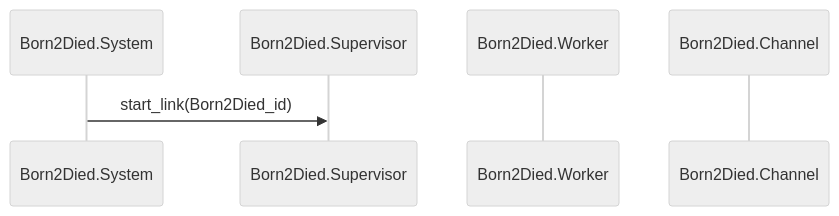
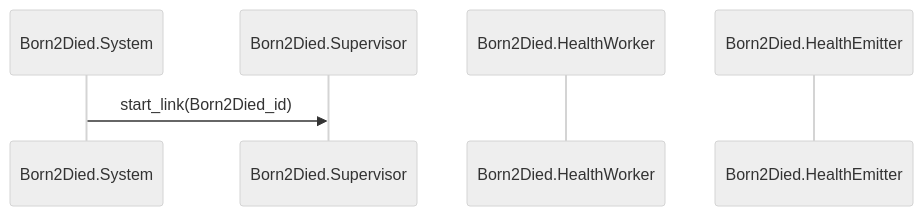
Before and after one commit to beam-campus/logatron: the second of 2 diagrams in system/apps/logatron_edge/lib/born_2_died/readme.md, drawn with Mermaid (neutral theme). The commit also changed other lines of this file and 216 other files, not shown here.

````diff
--- a/system/apps/logatron_edge/lib/born_2_died/readme.md
+++ b/system/apps/logatron_edge/lib/born_2_died/readme.md
@@ -35,10 +35,10 @@
 ```mermaid
 sequenceDiagram
   participant Born2Died.System
   participant Born2Died.Supervisor
-  participant Born2Died.Worker
-  participant Born2Died.Channel
+  participant Born2Died.HealthWorker
+  participant Born2Died.HealthEmitter
 
   Born2Died.System->>Born2Died.Supervisor : start_link(Born2Died_id)
 
 ```
````
